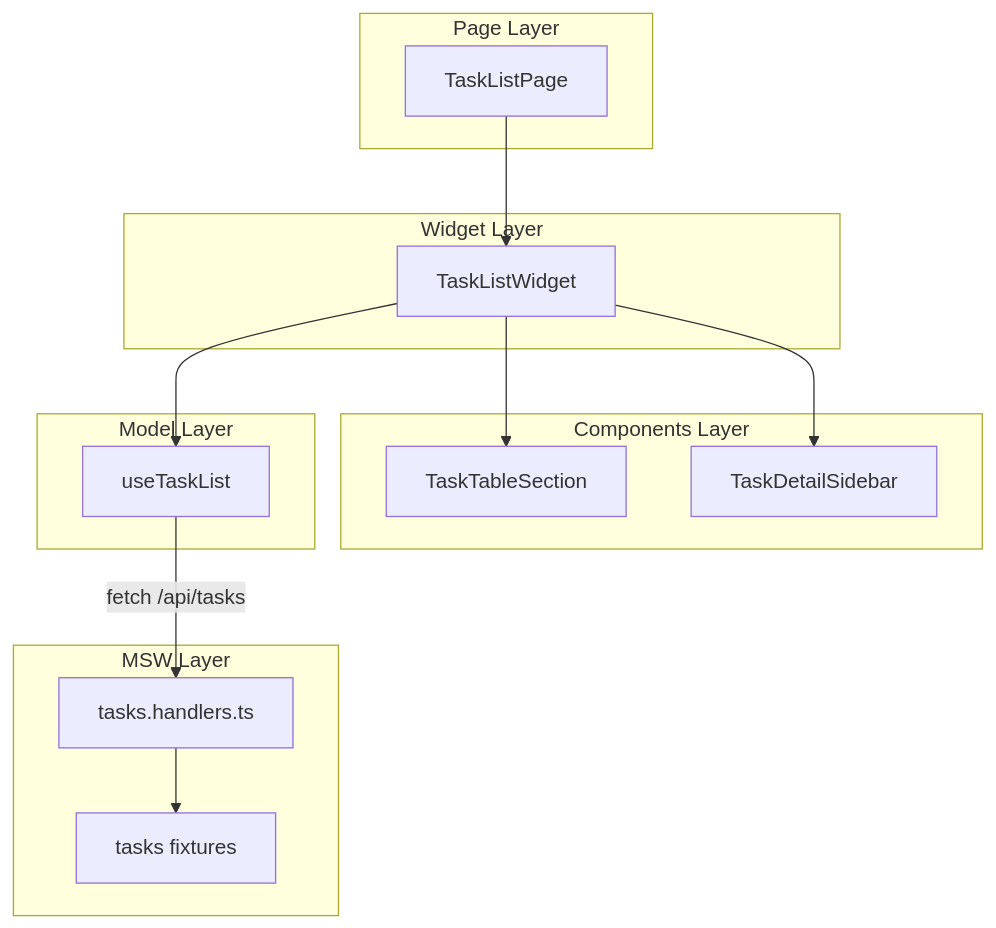
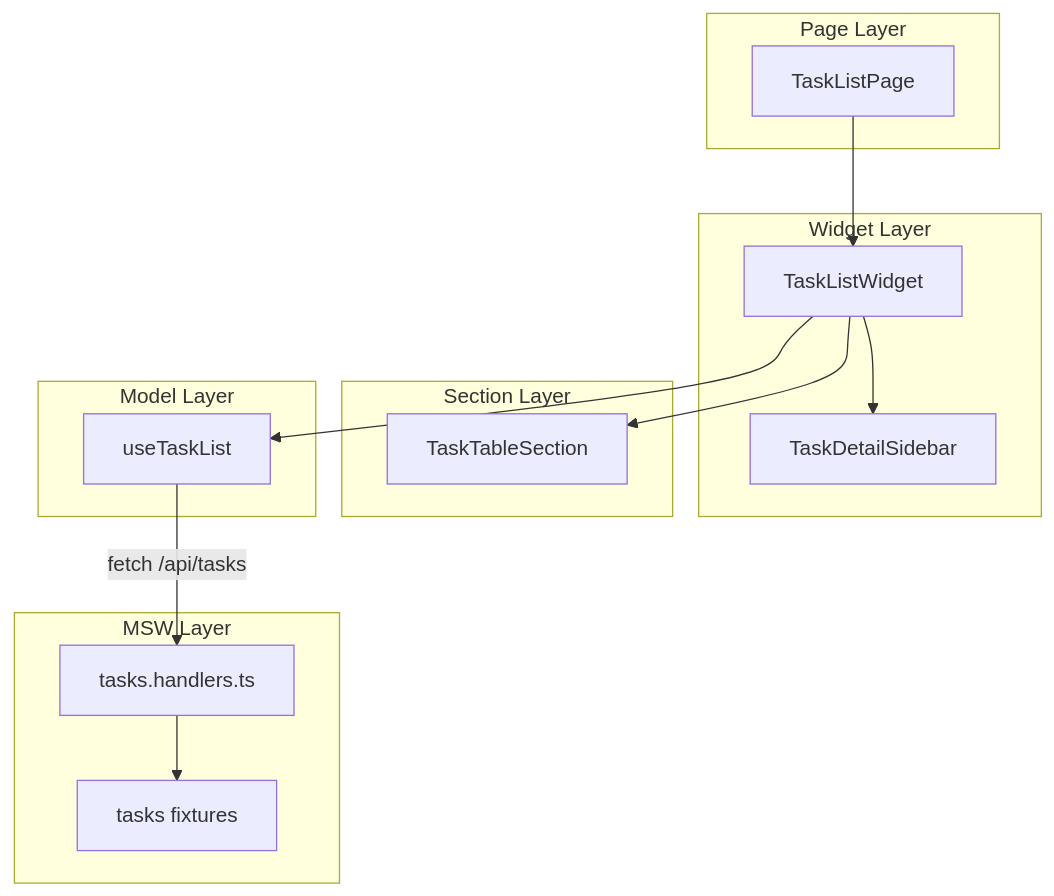
Before and after one commit to kaisuzuk/vue3-sample: the first of 2 diagrams in sample/document/Phase2_一覧画面_実装解説.md, drawn with Mermaid. The commit also changed other lines of this file and 35 other files, not shown here.

````diff
--- a/sample/document/Phase2_一覧画面_実装解説.md
+++ b/sample/document/Phase2_一覧画面_実装解説.md
@@ -42,31 +53,31 @@
 ```mermaid
 graph TD
     subgraph Page Layer
         TLP[TaskListPage]
     end
     
     subgraph Widget Layer
         TLW[TaskListWidget]
+        TDS[TaskDetailSidebar]
     end
     
-    subgraph Components Layer
+    subgraph Section Layer
         TTS[TaskTableSection]
-        TDS[TaskDetailSidebar]
     end
     
     subgraph Model Layer
         UTL[useTaskList]
     end
     
     subgraph MSW Layer
         TH[tasks.handlers.ts]
         TF[tasks fixtures]
     end
     
     TLP --> TLW
     TLW --> TTS
     TLW --> TDS
     TLW --> UTL
     UTL -->|fetch /api/tasks| TH
     TH --> TF
 ```
````
